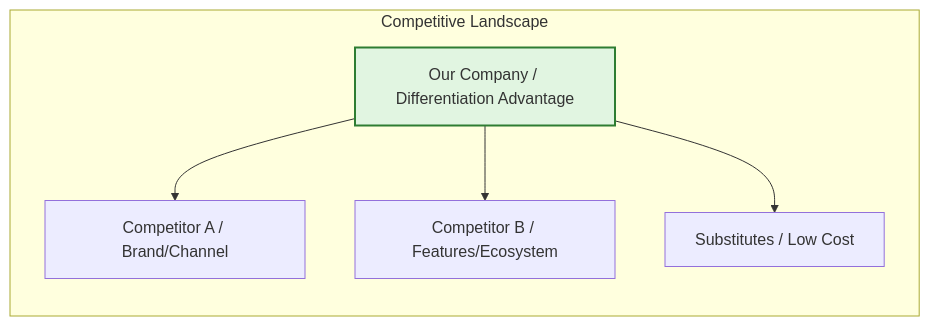
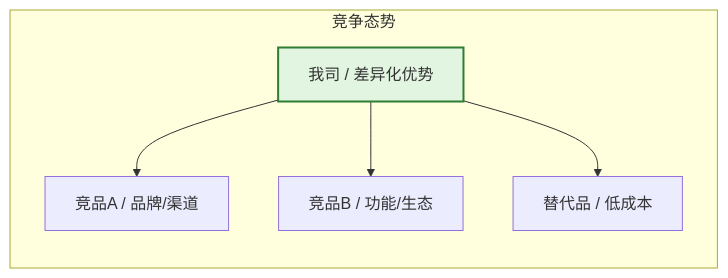
One commit to Kirky-X/cangjie changed the third of 9 diagrams in templates/Product/Strategy/Template-BRD.md. Above: the diagram before and after it, drawn with Mermaid. The commit also changed other lines of this file and 33 other files, not shown here.

````diff
--- a/templates/Product/Strategy/Template-BRD.md
+++ b/templates/Product/Strategy/Template-BRD.md
@@ -172,9 +172,9 @@
 ```mermaid
 flowchart LR
-    subgraph Competitive Landscape
-        A[Our Company / Differentiation Advantage] --> B[Competitor A / Brand/Channel]
-        A --> C[Competitor B / Features/Ecosystem]
-        A --> D[Substitutes / Low Cost]
+    subgraph 竞争态势
+        A[我司 / 差异化优势] --> B[竞品A / 品牌/渠道]
+        A --> C[竞品B / 功能/生态]
+        A --> D[替代品 / 低成本]
     end
     style A fill:#e1f5e1,stroke:#2e7d32,stroke-width:2px
 ```
````
